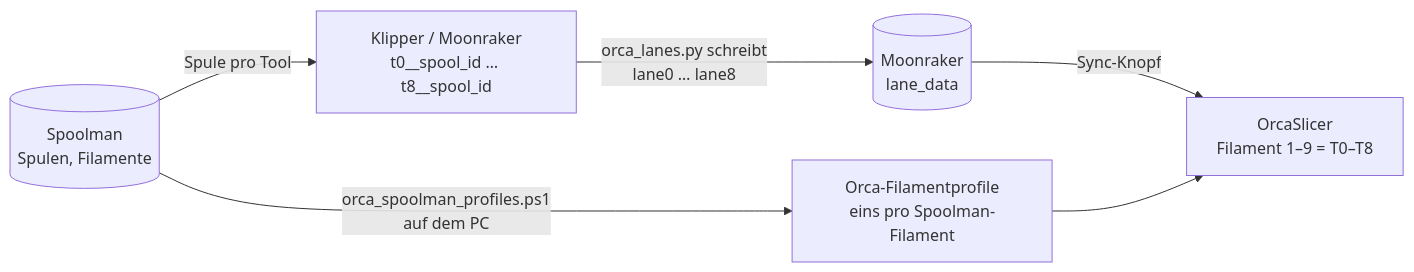
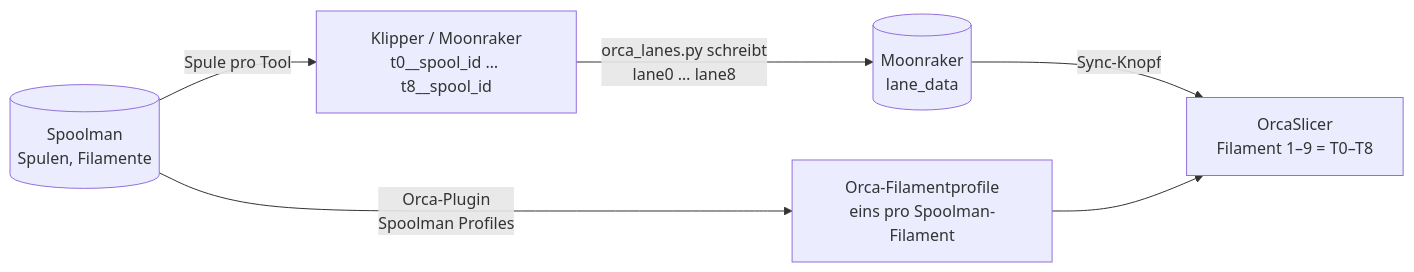
The diagram in docs/ORCASLICER.de.md (daum1988/indx-trident-350), drawn with Mermaid before and after one commit. The commit also changed other lines of this file and 8 other files, not shown here.

First line of the commit message:
Orca: plugin "Spoolman Profiles" replaces the PowerShell profile script

````diff
--- a/docs/ORCASLICER.de.md
+++ b/docs/ORCASLICER.de.md
@@ -40,8 +40,8 @@
 ```mermaid
 flowchart LR
     SM[(Spoolman<br/>Spulen, Filamente)] -->|Spule pro Tool| K[Klipper / Moonraker<br/>t0__spool_id … t8__spool_id]
     K -->|orca_lanes.py schreibt<br/>lane0 … lane8| L[(Moonraker<br/>lane_data)]
     L -->|Sync-Knopf| O[OrcaSlicer<br/>Filament 1–9 = T0–T8]
-    SM -->|orca_spoolman_profiles.ps1<br/>auf dem PC| P[Orca-Filamentprofile<br/>eins pro Spoolman-Filament]
+    SM -->|Orca-Plugin<br/>Spoolman Profiles| P[Orca-Filamentprofile<br/>eins pro Spoolman-Filament]
     P --> O
 ```
````
